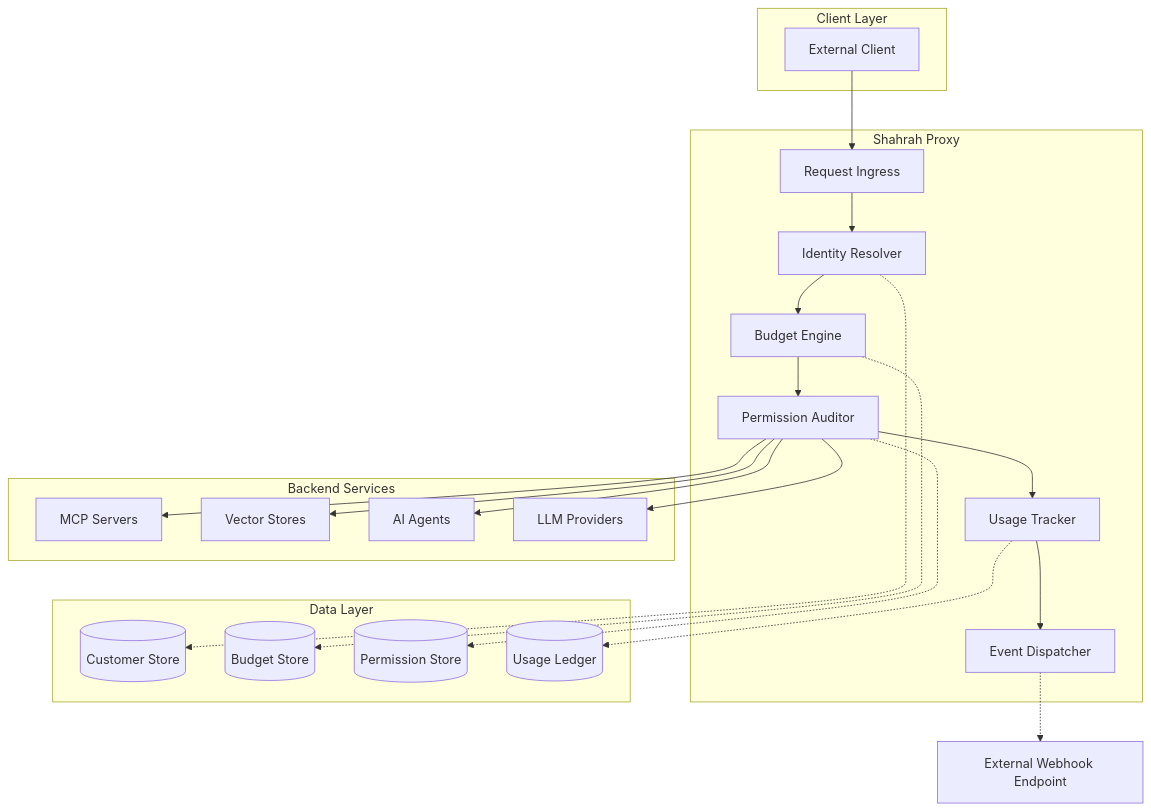
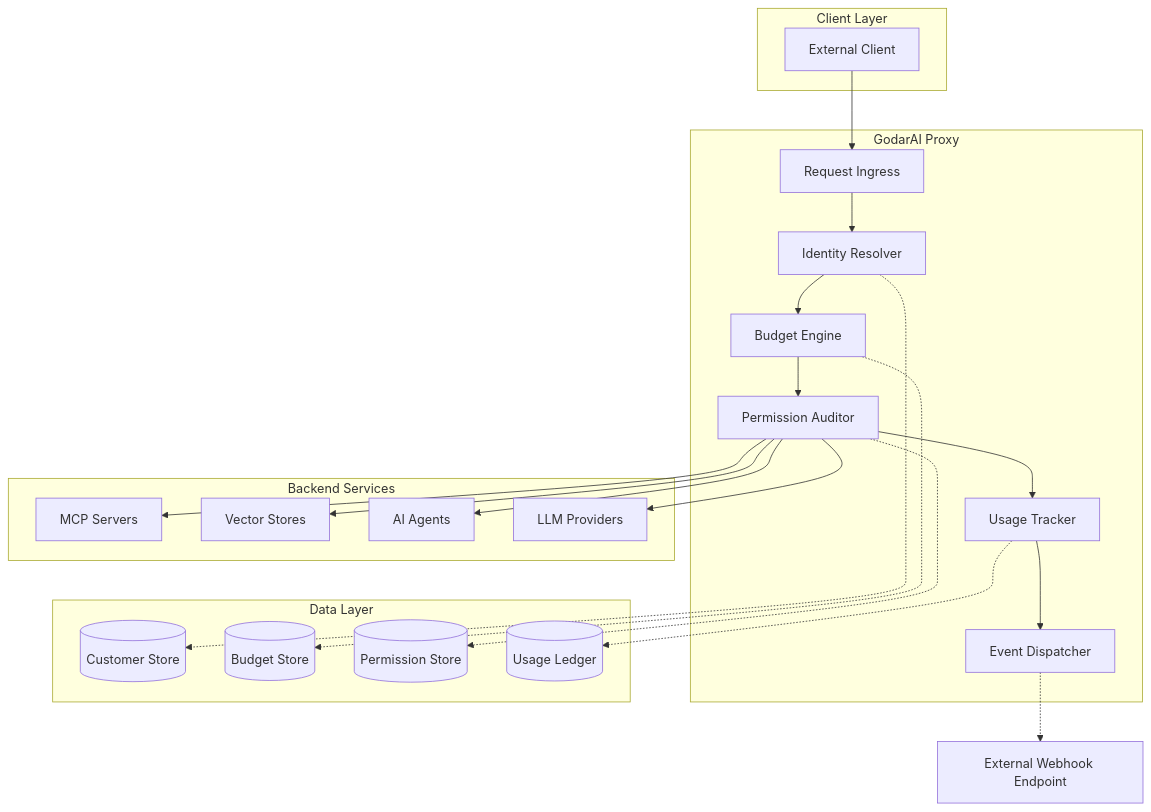
One commit to godarai-ir/Shahrah changed the first of 8 diagrams in plans/shahrah-customer-budget-architecture.md. Above: the diagram before and after it, drawn with Mermaid. The commit also changed other lines of this file and 38 other files, not shown here.

Commit message:
chore(plans): renaming Shahrah to GodarAI

````diff
--- a/plans/shahrah-customer-budget-architecture.md
+++ b/plans/shahrah-customer-budget-architecture.md
@@ -40,45 +40,45 @@
 ```mermaid
 graph TB
     subgraph Client Layer
         A[External Client]
     end
     
-    subgraph Shahrah Proxy
+    subgraph GodarAI Proxy
         B[Request Ingress]
         C[Identity Resolver]
         D[Budget Engine]
         E[Permission Auditor]
         F[Usage Tracker]
         G[Event Dispatcher]
     end
     
     subgraph Data Layer
         H[(Customer Store)]
         I[(Budget Store)]
         J[(Permission Store)]
         K[(Usage Ledger)]
     end
     
     subgraph Backend Services
         L[MCP Servers]
         M[Vector Stores]
         N[AI Agents]
         O[LLM Providers]
     end
     
     A --> B
     B --> C
     C --> D
     D --> E
     E --> F
     F --> G
     C -.-> H
     D -.-> I
     E -.-> J
     F -.-> K
     E --> L
     E --> M
     E --> N
     E --> O
     G -.-> P[External Webhook Endpoint]
 ```
````
